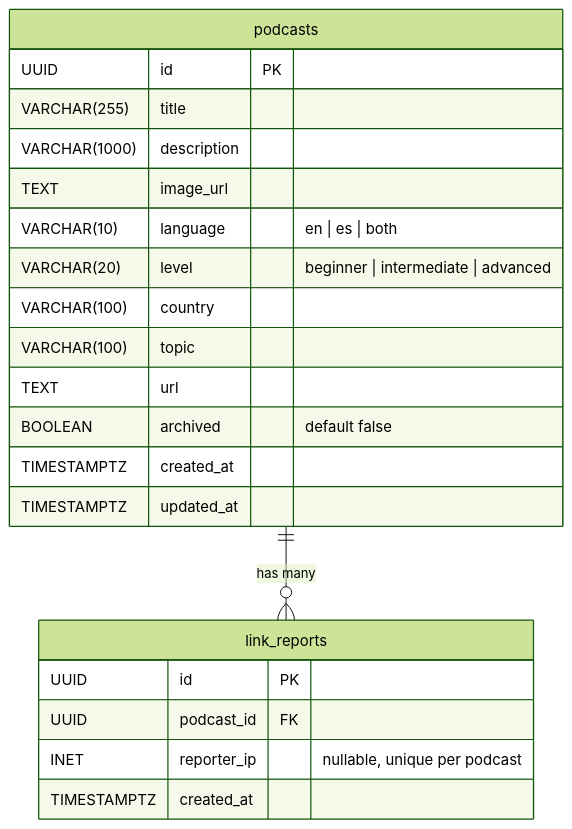
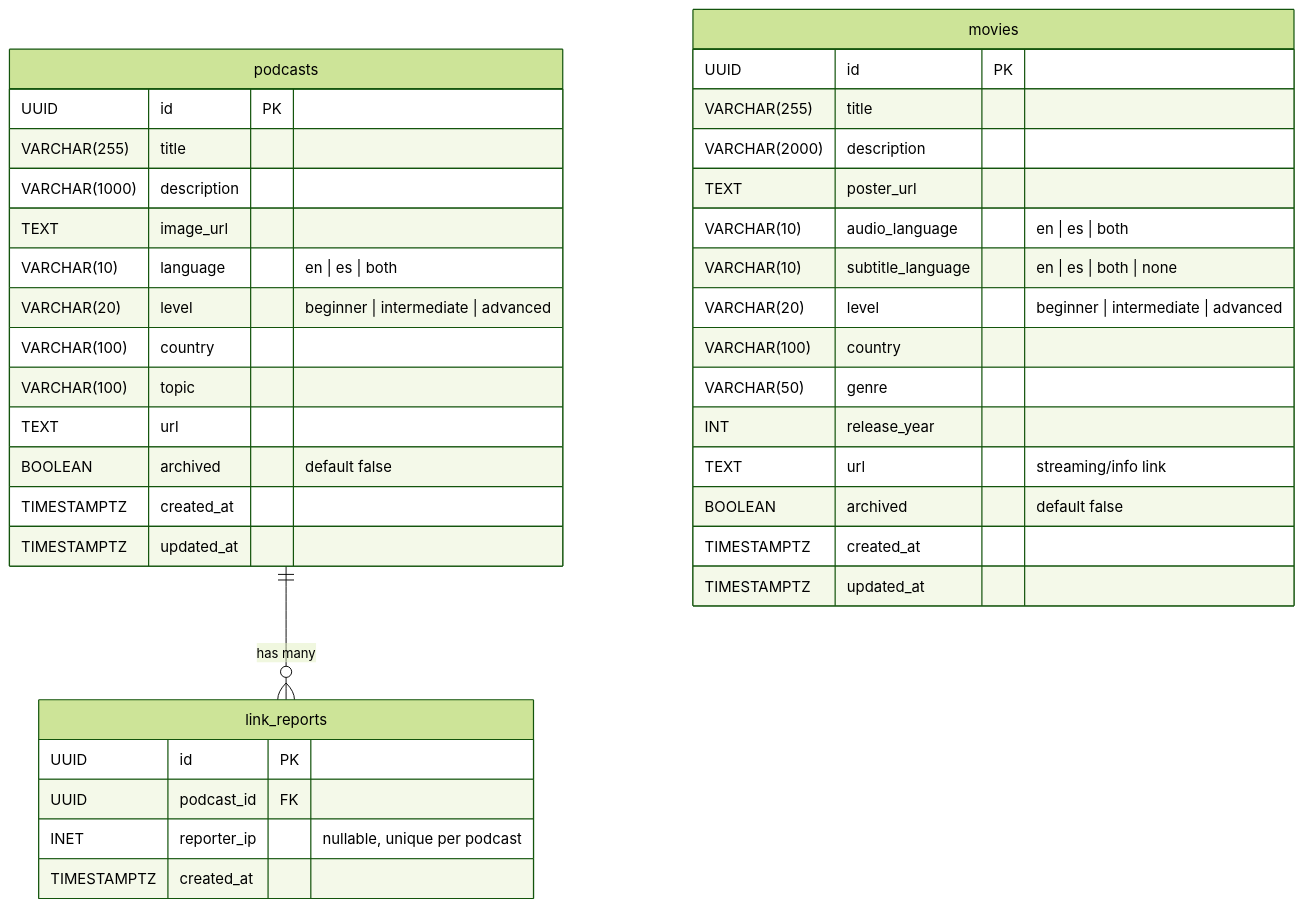
Before and after one commit to Jaleel-VS/spa-eng-discord-website-backend-rs: the first of 3 diagrams in README.md, drawn with Mermaid (forest theme). The commit also changed other lines of this file, not shown here.

Commit message:
docs: Add movies resource design with schema, endpoints, and migration

````diff
--- a/README.md
+++ b/README.md
@@ -88,26 +88,43 @@
 ```mermaid
 erDiagram
     podcasts {
         UUID id PK
         VARCHAR(255) title
         VARCHAR(1000) description
         TEXT image_url
         VARCHAR(10) language "en | es | both"
         VARCHAR(20) level "beginner | intermediate | advanced"
         VARCHAR(100) country
         VARCHAR(100) topic
         TEXT url
         BOOLEAN archived "default false"
         TIMESTAMPTZ created_at
         TIMESTAMPTZ updated_at
     }
 
     link_reports {
         UUID id PK
         UUID podcast_id FK
         INET reporter_ip "nullable, unique per podcast"
         TIMESTAMPTZ created_at
     }
 
+    movies {
+        UUID id PK
+        VARCHAR(255) title
+        VARCHAR(2000) description
+        TEXT poster_url
+        VARCHAR(10) audio_language "en | es | both"
+        VARCHAR(10) subtitle_language "en | es | both | none"
+        VARCHAR(20) level "beginner | intermediate | advanced"
+        VARCHAR(100) country
+        VARCHAR(50) genre
+        INT release_year
+        TEXT url "streaming/info link"
+        BOOLEAN archived "default false"
+        TIMESTAMPTZ created_at
+        TIMESTAMPTZ updated_at
+    }
+
     podcasts ||--o{ link_reports : "has many"
 ```
````
